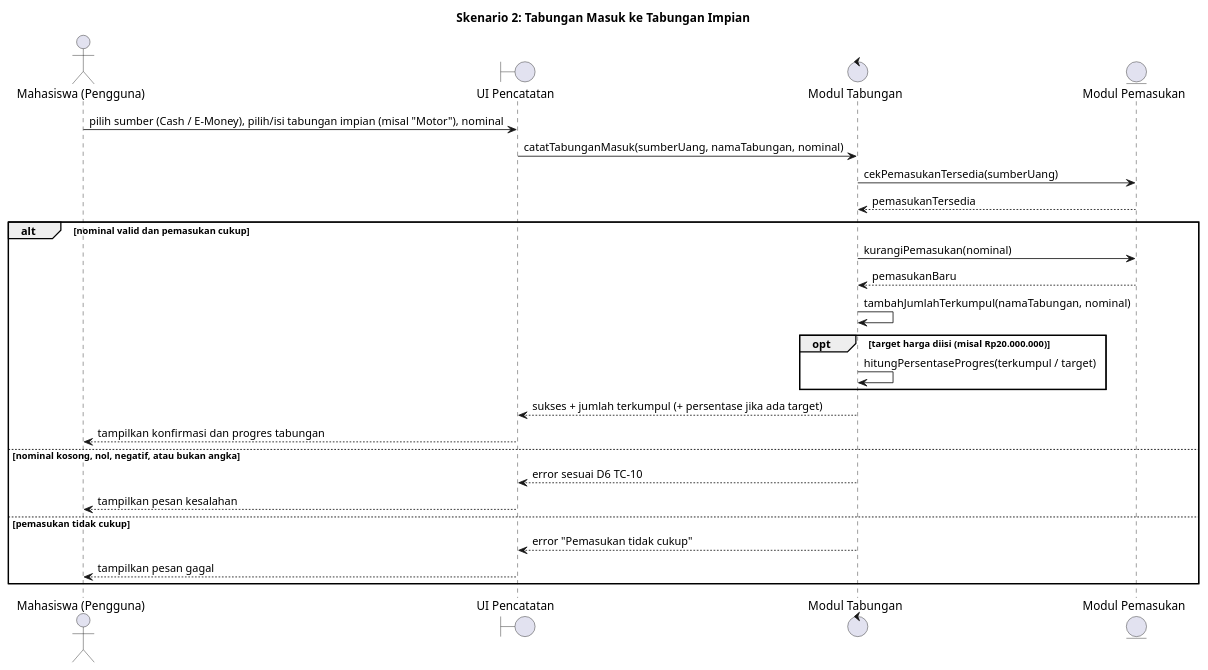
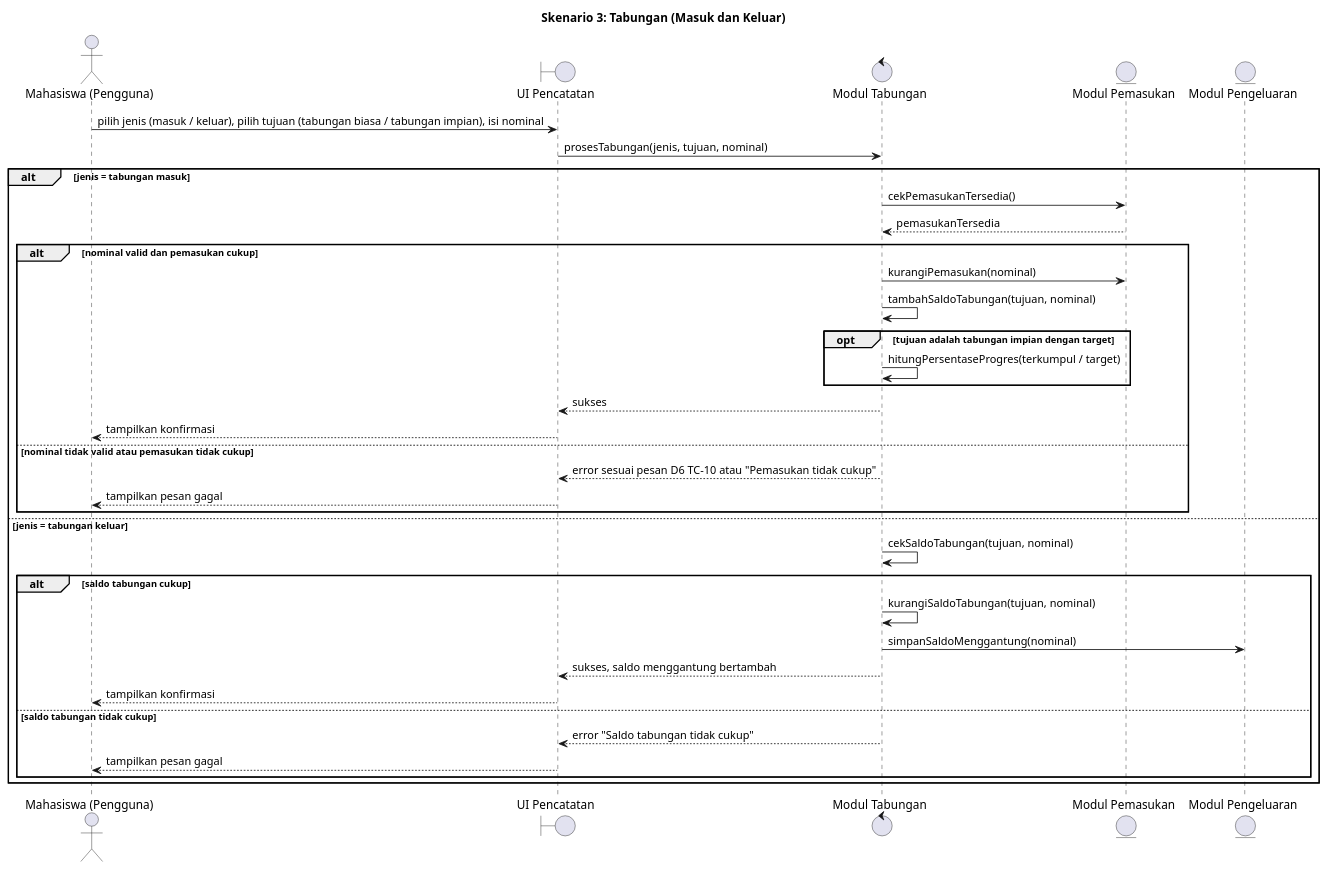
The diagram in docs/sequence-diagram.puml (quitcore07/MyWallet-docs-UAS-SDF01), drawn with PlantUML before and after one commit.

Commit message:
Update sequence diagram for savings scenario

```diff
--- a/docs/sequence-diagram.puml
+++ b/docs/sequence-diagram.puml
@@ -1,30 +1,40 @@
 @startuml
-title Skenario 2: Tabungan Masuk ke Tabungan Impian
+title Skenario 3: Tabungan (Masuk dan Keluar)
 
 actor "Mahasiswa (Pengguna)" as U
 boundary "UI Pencatatan" as UI
 control "Modul Tabungan" as TAB
 entity "Modul Pemasukan" as IN
+entity "Modul Pengeluaran" as OUT
 
-U -> UI : pilih sumber (Cash / E-Money), pilih/isi tabungan impian (misal "Motor"), nominal
-UI -> TAB : catatTabunganMasuk(sumberUang, namaTabungan, nominal)
-TAB -> IN : cekPemasukanTersedia(sumberUang)
-IN --> TAB : pemasukanTersedia
+U -> UI : pilih jenis (masuk / keluar), pilih tujuan (tabungan biasa / tabungan impian), isi nominal
+UI -> TAB : prosesTabungan(jenis, tujuan, nominal)
 
-alt nominal valid dan pemasukan cukup
-  TAB -> IN : kurangiPemasukan(nominal)
-  IN --> TAB : pemasukanBaru
-  TAB -> TAB : tambahJumlahTerkumpul(namaTabungan, nominal)
-  opt target harga diisi (misal Rp20.000.000)
-    TAB -> TAB : hitungPersentaseProgres(terkumpul / target)
+alt jenis = tabungan masuk
+  TAB -> IN : cekPemasukanTersedia()
+  IN --> TAB : pemasukanTersedia
+  alt nominal valid dan pemasukan cukup
+    TAB -> IN : kurangiPemasukan(nominal)
+    TAB -> TAB : tambahSaldoTabungan(tujuan, nominal)
+    opt tujuan adalah tabungan impian dengan target
+      TAB -> TAB : hitungPersentaseProgres(terkumpul / target)
+    end
+    TAB --> UI : sukses
+    UI --> U : tampilkan konfirmasi
+  else nominal tidak valid atau pemasukan tidak cukup
+    TAB --> UI : error sesuai pesan D6 TC-10 atau "Pemasukan tidak cukup"
+    UI --> U : tampilkan pesan gagal
   end
-  TAB --> UI : sukses + jumlah terkumpul (+ persentase jika ada target)
-  UI --> U : tampilkan konfirmasi dan progres tabungan
-else nominal kosong, nol, negatif, atau bukan angka
-  TAB --> UI : error sesuai D6 TC-10
-  UI --> U : tampilkan pesan kesalahan
-else pemasukan tidak cukup
-  TAB --> UI : error "Pemasukan tidak cukup"
-  UI --> U : tampilkan pesan gagal
+else jenis = tabungan keluar
+  TAB -> TAB : cekSaldoTabungan(tujuan, nominal)
+  alt saldo tabungan cukup
+    TAB -> TAB : kurangiSaldoTabungan(tujuan, nominal)
+    TAB -> OUT : simpanSaldoMenggantung(nominal)
+    TAB --> UI : sukses, saldo menggantung bertambah
+    UI --> U : tampilkan konfirmasi
+  else saldo tabungan tidak cukup
+    TAB --> UI : error "Saldo tabungan tidak cukup"
+    UI --> U : tampilkan pesan gagal
+  end
 end
 @enduml
```
